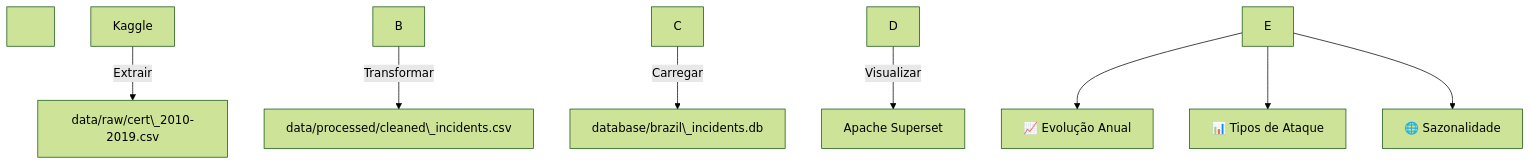
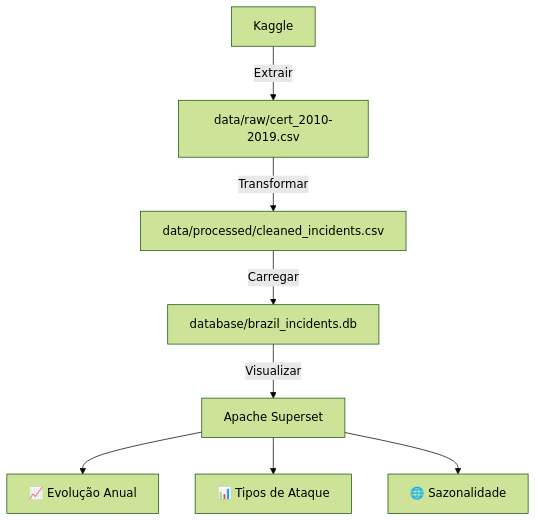
One commit to LuisLessi/Analise-de-Incidentes-de-Seguranca-da-Informacao-no-Brasil changed the diagram in README.md. Above: the diagram before and after it, drawn with Mermaid (forest theme). The commit also changed other lines of this file, not shown here.

````diff
--- a/README.md
+++ b/README.md
@@ -77,19 +39,10 @@
 ```mermaid
-
 graph TD
-
-&nbsp;   A\[Kaggle] -->|Extrair| B\[data/raw/cert\_2010-2019.csv]
-
-&nbsp;   B -->|Transformar| C\[data/processed/cleaned\_incidents.csv]
-
-&nbsp;   C -->|Carregar| D\[database/brazil\_incidents.db]
-
-&nbsp;   D -->|Visualizar| E\[Apache Superset]
-
-&nbsp;   E --> F\[📈 Evolução Anual]
-
-&nbsp;   E --> G\[📊 Tipos de Ataque]
-
-&nbsp;   E --> H\[🌐 Sazonalidade]
-
+    A[Kaggle] -->|Extrair| B[data/raw/cert_2010-2019.csv]
+    B -->|Transformar| C[data/processed/cleaned_incidents.csv]
+    C -->|Carregar| D[database/brazil_incidents.db]
+    D -->|Visualizar| E[Apache Superset]
+    E --> F[📈 Evolução Anual]
+    E --> G[📊 Tipos de Ataque]
+    E --> H[🌐 Sazonalidade]
 ```
````
